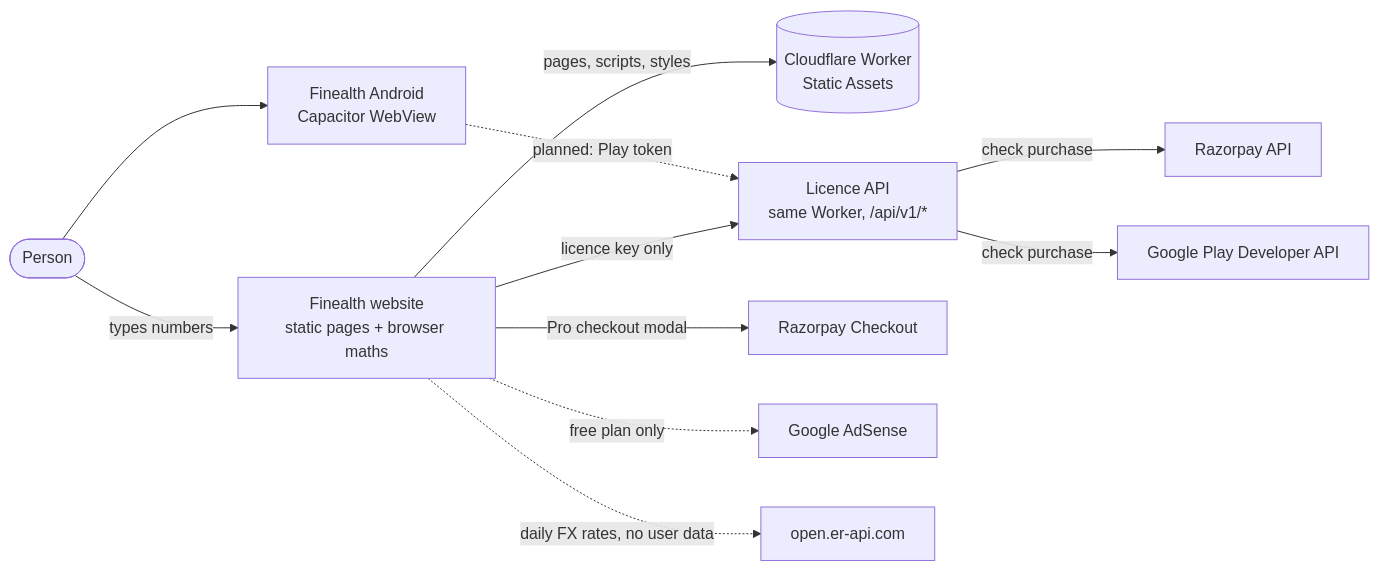
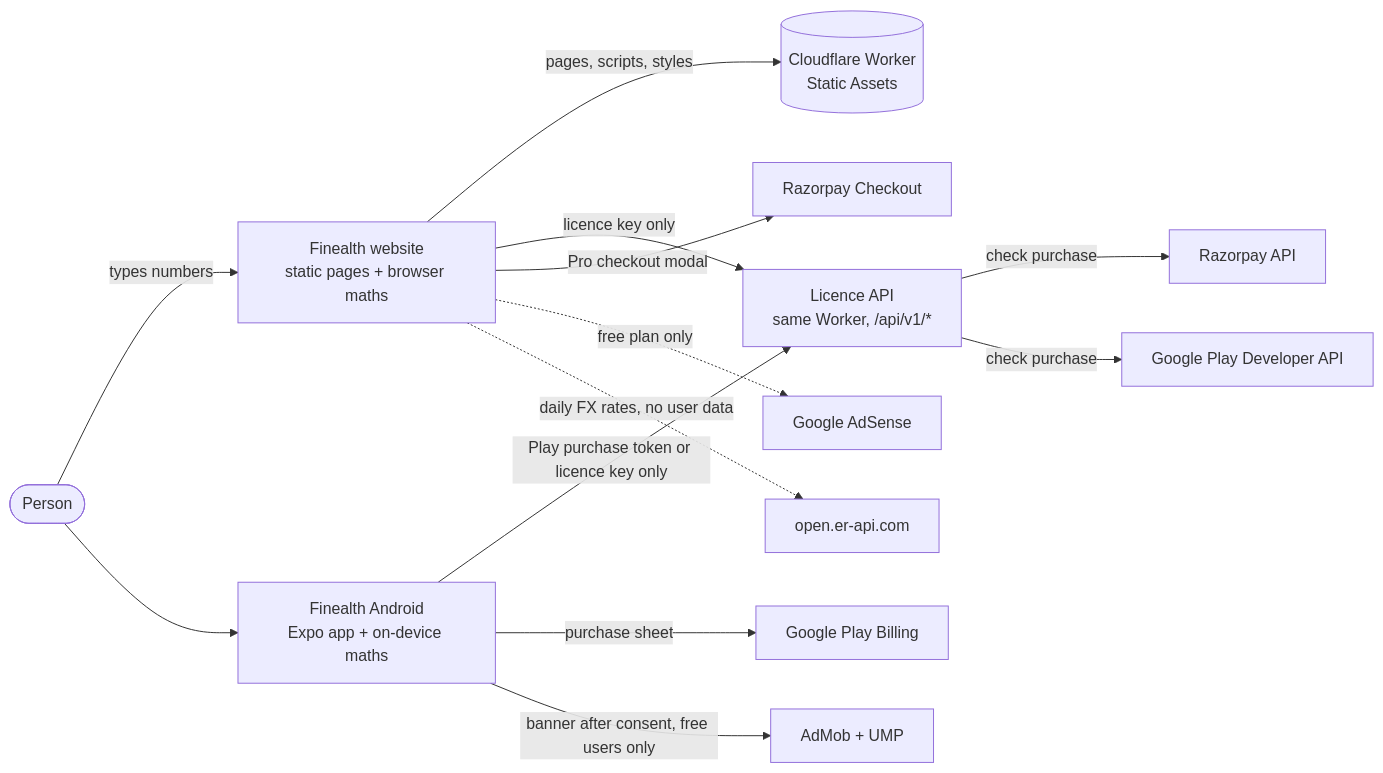
One commit to equisteg/finance-calculators changed the diagram in docs/diagrams/HLD-1.mmd. Above: the diagram before and after it, drawn with Mermaid. The commit also changed 182 other files, not shown here.

First line of the commit message:
feat(mobile): rebuild the Android app in Expo on the shared engine

```diff
--- a/docs/diagrams/HLD-1.mmd
+++ b/docs/diagrams/HLD-1.mmd
@@ -1,11 +1,13 @@
 flowchart LR
   user([Person]) -->|types numbers| web[Finealth website<br/>static pages + browser maths]
-  user --> app[Finealth Android<br/>Capacitor WebView]
+  user --> app[Finealth Android<br/>Expo app + on-device maths]
   web -->|pages, scripts, styles| cf[(Cloudflare Worker<br/>Static Assets)]
   web -->|licence key only| api[Licence API<br/>same Worker, /api/v1/*]
-  app -.->|planned: Play token| api
+  app -->|Play purchase token or licence key only| api
+  app -->|purchase sheet| gpb[Google Play Billing]
+  app -->|banner after consent, free users only| admob[AdMob + UMP]
   api -->|check purchase| rzp[Razorpay API]
   api -->|check purchase| play[Google Play Developer API]
   web -->|Pro checkout modal| rzpjs[Razorpay Checkout]
   web -.->|free plan only| adsense[Google AdSense]
   web -.->|daily FX rates, no user data| fx[open.er-api.com]
```
